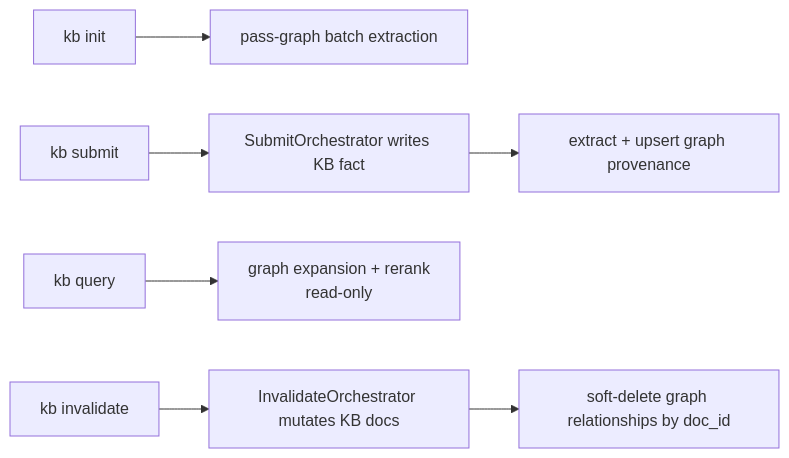
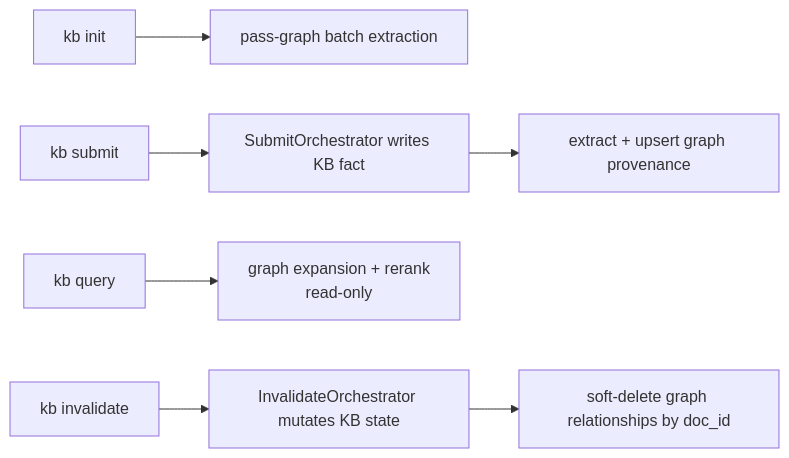
The first of 2 diagrams in src/tools/GRAPH.md (rosenjcb/kb), drawn with Mermaid before and after one commit. The commit also changed other lines of this file and 14 other files, not shown here.

````diff
--- a/src/tools/GRAPH.md
+++ b/src/tools/GRAPH.md
@@ -44,9 +44,9 @@
 ```mermaid
 flowchart LR
   I["kb init"] --> IG["pass-graph batch extraction"]
   S["kb submit"] --> SW["SubmitOrchestrator writes KB fact"]
   SW --> SG["extract + upsert graph provenance"]
   Q["kb query"] --> QG["graph expansion + rerank\nread-only"]
-  N["kb invalidate"] --> NW["InvalidateOrchestrator mutates KB docs"]
+  N["kb invalidate"] --> NW["InvalidateOrchestrator mutates KB state"]
   NW --> NG["soft-delete graph relationships by doc_id"]
 ```
````
